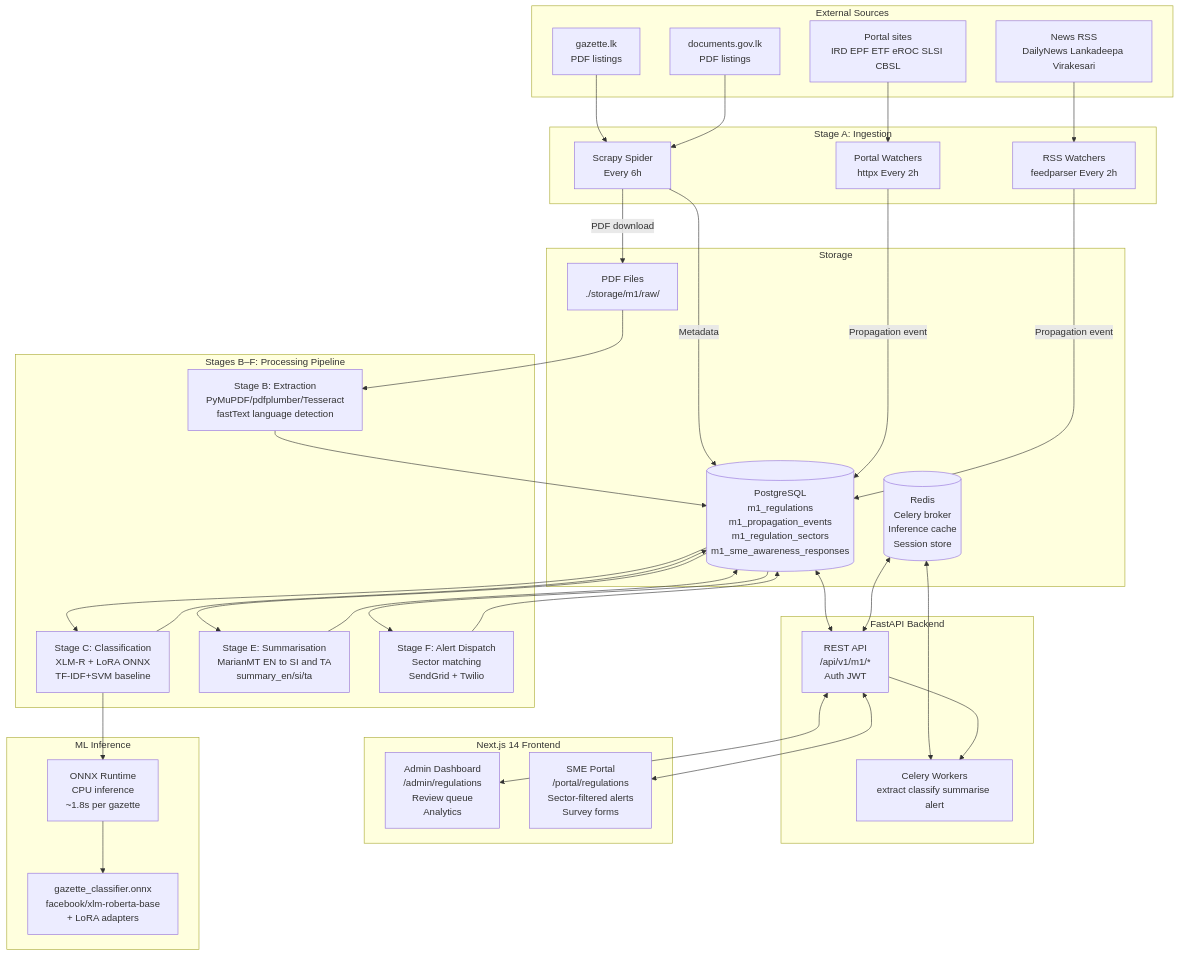
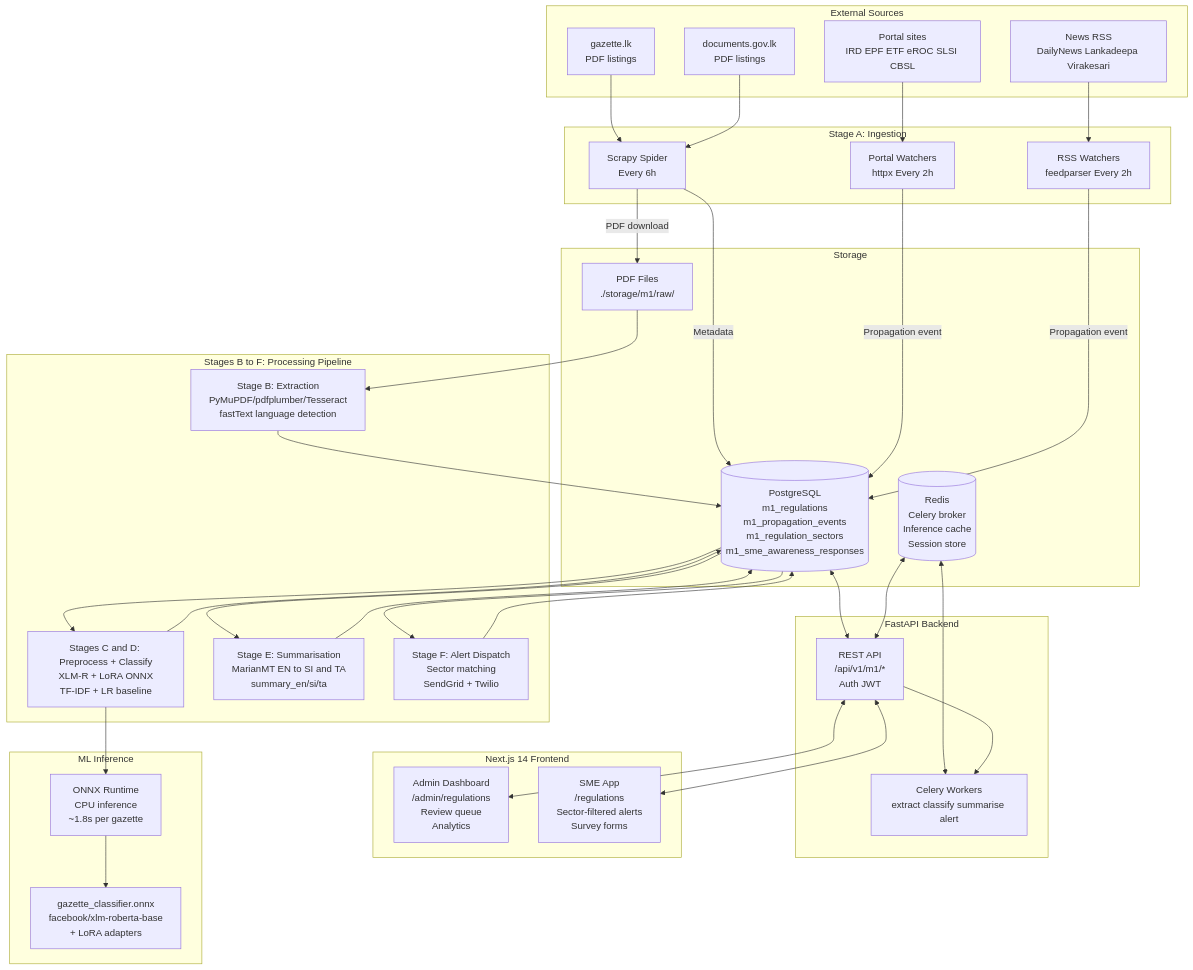
The third of 3 diagrams in 02-Research-Modules/1 Module-1-Awareness-Gap/08_M1_Full_System_Architecture.md (ifham-mohamed/obs-sme), drawn with Mermaid before and after one commit. The commit also changed other lines of this file and 16 other files, not shown here.

````diff
--- a/02-Research-Modules/1 Module-1-Awareness-Gap/08_M1_Full_System_Architecture.md
+++ b/02-Research-Modules/1 Module-1-Awareness-Gap/08_M1_Full_System_Architecture.md
@@ -163,71 +224,71 @@
 ```mermaid
 flowchart TB
     subgraph External["External Sources"]
-        G1[gazette.lk\nPDF listings]
-        G2[documents.gov.lk\nPDF listings]
-        G3[Portal sites\nIRD EPF ETF eROC SLSI CBSL]
-        G4[News RSS\nDailyNews Lankadeepa Virakesari]
+        G1[gazette.lk<br/>PDF listings]
+        G2[documents.gov.lk<br/>PDF listings]
+        G3[Portal sites<br/>IRD EPF ETF eROC SLSI CBSL]
+        G4[News RSS<br/>DailyNews Lankadeepa Virakesari]
     end
 
     subgraph Ingestion["Stage A: Ingestion"]
-        I1[Scrapy Spider\nEvery 6h]
-        I2[Portal Watchers\nhttpx Every 2h]
-        I3[RSS Watchers\nfeedparser Every 2h]
+        I1[Scrapy Spider<br/>Every 6h]
+        I2[Portal Watchers<br/>httpx Every 2h]
+        I3[RSS Watchers<br/>feedparser Every 2h]
     end
 
     subgraph Storage["Storage"]
-        DB[(PostgreSQL\nm1_regulations\nm1_propagation_events\nm1_regulation_sectors\nm1_sme_awareness_responses)]
-        PDF[PDF Files\n./storage/m1/raw/]
-        CACHE[(Redis\nCelery broker\nInference cache\nSession store)]
+        DB[(PostgreSQL<br/>m1_regulations<br/>m1_propagation_events<br/>m1_regulation_sectors<br/>m1_sme_awareness_responses)]
+        PDF[PDF Files<br/>./storage/m1/raw/]
+        CACHE[(Redis<br/>Celery broker<br/>Inference cache<br/>Session store)]
     end
 
-    subgraph Pipeline["Stages B–F: Processing Pipeline"]
-        B[Stage B: Extraction\nPyMuPDF/pdfplumber/Tesseract\nfastText language detection]
-        C[Stage C: Classification\nXLM-R + LoRA ONNX\nTF-IDF+SVM baseline]
-        E[Stage E: Summarisation\nMarianMT EN to SI and TA\nsummary_en/si/ta]
-        F[Stage F: Alert Dispatch\nSector matching\nSendGrid + Twilio]
+    subgraph Pipeline["Stages B to F: Processing Pipeline"]
+        B[Stage B: Extraction<br/>PyMuPDF/pdfplumber/Tesseract<br/>fastText language detection]
+        C[Stages C and D: Preprocess + Classify<br/>XLM-R + LoRA ONNX<br/>TF-IDF + LR baseline]
+        E[Stage E: Summarisation<br/>MarianMT EN to SI and TA<br/>summary_en/si/ta]
+        F[Stage F: Alert Dispatch<br/>Sector matching<br/>SendGrid + Twilio]
     end
 
     subgraph Backend["FastAPI Backend"]
-        API[REST API\n/api/v1/m1/*\nAuth JWT]
-        WORKER[Celery Workers\nextract classify summarise alert]
+        API[REST API<br/>/api/v1/m1/*<br/>Auth JWT]
+        WORKER[Celery Workers<br/>extract classify summarise alert]
     end
 
     subgraph Frontend["Next.js 14 Frontend"]
-        ADM[Admin Dashboard\n/admin/regulations\nReview queue\nAnalytics]
-        SME[SME Portal\n/portal/regulations\nSector-filtered alerts\nSurvey forms]
+        ADM[Admin Dashboard<br/>/admin/regulations<br/>Review queue<br/>Analytics]
+        SME[SME App<br/>/regulations<br/>Sector-filtered alerts<br/>Survey forms]
     end
 
     subgraph ML["ML Inference"]
-        ONNX[ONNX Runtime\nCPU inference\n~1.8s per gazette]
-        MODEL[gazette_classifier.onnx\nfacebook/xlm-roberta-base\n+ LoRA adapters]
+        ONNX[ONNX Runtime<br/>CPU inference<br/>~1.8s per gazette]
+        MODEL[gazette_classifier.onnx<br/>facebook/xlm-roberta-base<br/>+ LoRA adapters]
     end
 
     G1 & G2 --> I1
     G3 --> I2
     G4 --> I3
 
     I1 -->|PDF download| PDF
     I1 -->|Metadata| DB
     I2 -->|Propagation event| DB
     I3 -->|Propagation event| DB
 
     PDF --> B
     B --> DB
     DB --> C
     C --> ONNX
     ONNX --> MODEL
     C --> DB
     DB --> E
     E --> DB
     DB --> F
     F --> DB
 
     DB <--> API
     CACHE <--> API
     CACHE <--> WORKER
     API --> WORKER
 
     API <--> ADM
     API <--> SME
 ```
````
